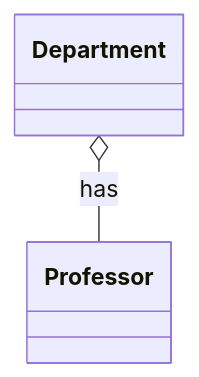
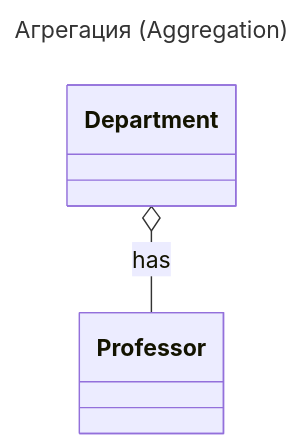
One commit to mrtxee/enterprise-developer-almanac changed the ninth of 13 diagrams in software-engineer/notation/UML.md. Above: the diagram before and after it, drawn with Mermaid. The commit also changed other lines of this file and 209 other files, not shown here.

````diff
--- a/software-engineer/notation/UML.md
+++ b/software-engineer/notation/UML.md
@@ -228,7 +234,10 @@
 ```mermaid
+---
+title: Агрегация (Aggregation)
+---
 classDiagram
     class Department
     class Professor
     
     Department o-- Professor : has
 ```
````
